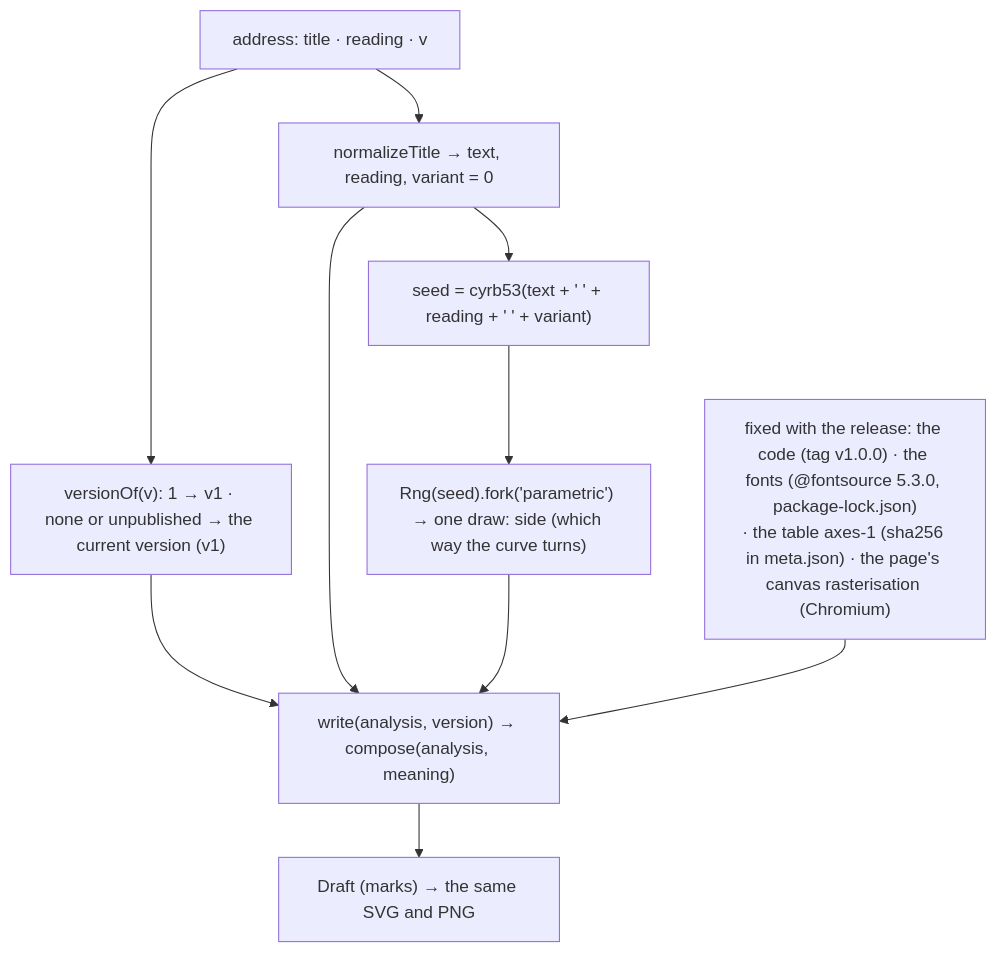
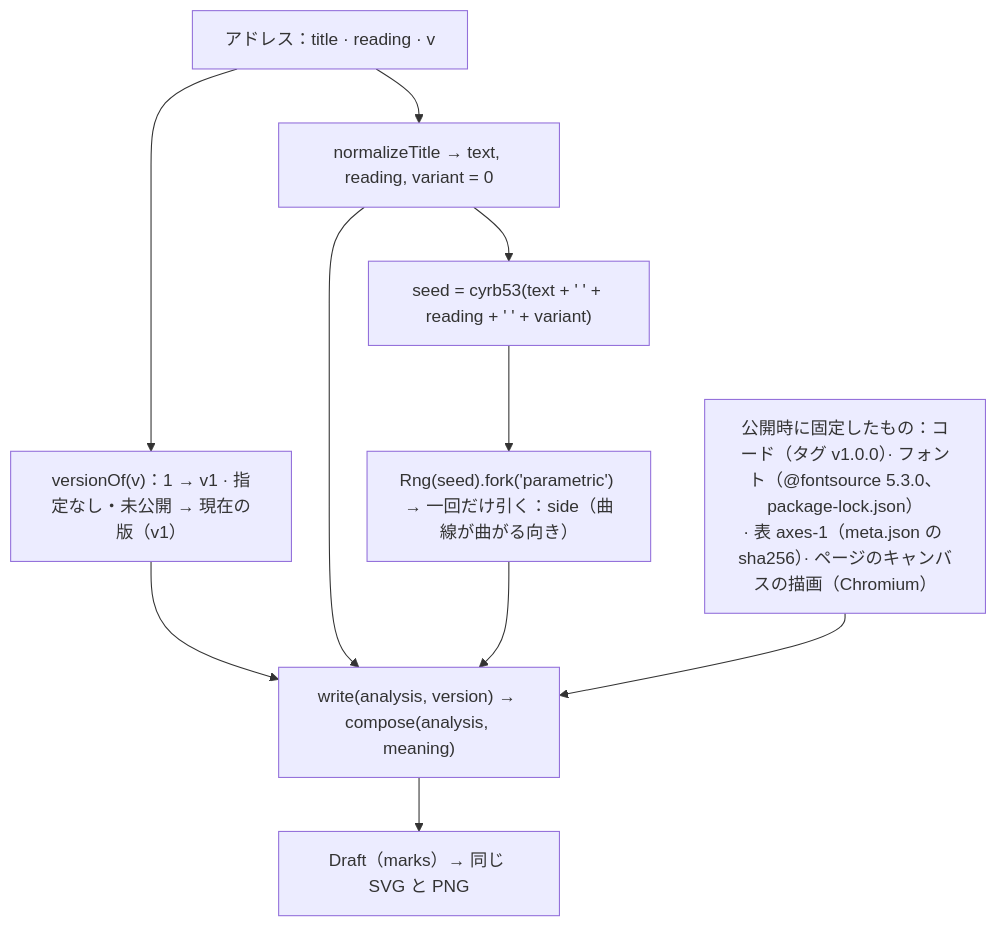
The diagram in docs/reproducibility.md (endoftheyukky/kotoba-no-katachi), drawn with Mermaid before and after one commit. The commit also changed other lines of this file and 13 other files, not shown here.

````diff
--- a/docs/reproducibility.md
+++ b/docs/reproducibility.md
@@ -6,12 +5,12 @@
 ```mermaid
 flowchart TD
-  A["address: title · reading · v"] --> N["normalizeTitle → text, reading, variant = 0"]
+  A["アドレス：title · reading · v"] --> N["normalizeTitle → text, reading, variant = 0"]
   N --> S["seed = cyrb53(text + ' ' + reading + ' ' + variant)"]
-  S --> R["Rng(seed).fork('parametric') → one draw: side (which way the curve turns)"]
-  A --> V["versionOf(v): 1 → v1 · none or unpublished → the current version (v1)"]
+  S --> R["Rng(seed).fork('parametric') → 一回だけ引く：side（曲線が曲がる向き）"]
+  A --> V["versionOf(v)：1 → v1 · 指定なし・未公開 → 現在の版（v1）"]
   V --> W["write(analysis, version) → compose(analysis, meaning)"]
   N --> W
   R --> W
-  P["fixed with the release: the code (tag v1.0.0) · the fonts (@fontsource 5.3.0, package-lock.json)<br/>· the table axes-1 (sha256 in meta.json) · the page's canvas rasterisation (Chromium)"] --> W
-  W --> D["Draft (marks) → the same SVG and PNG"]
+  P["公開時に固定したもの：コード（タグ v1.0.0）· フォント（@fontsource 5.3.0、package-lock.json）<br/>· 表 axes-1（meta.json の sha256）· ページのキャンバスの描画（Chromium）"] --> W
+  W --> D["Draft（marks）→ 同じ SVG と PNG"]
 ```
````
